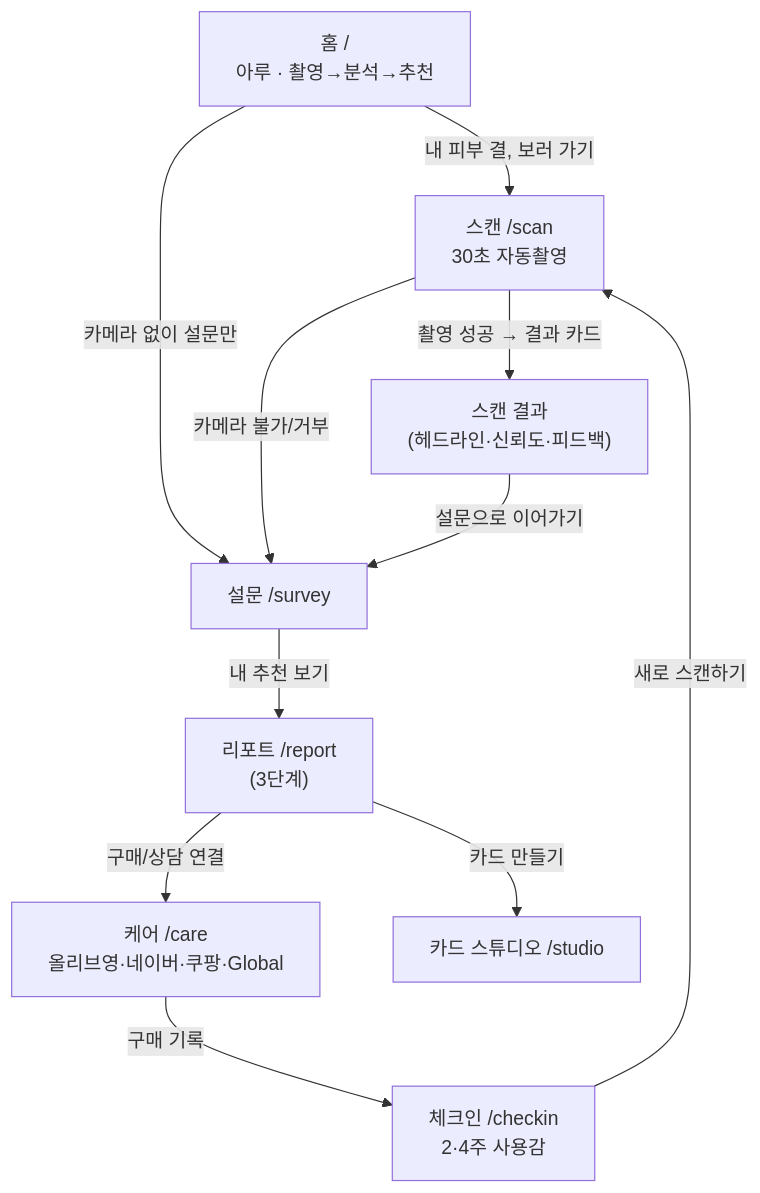
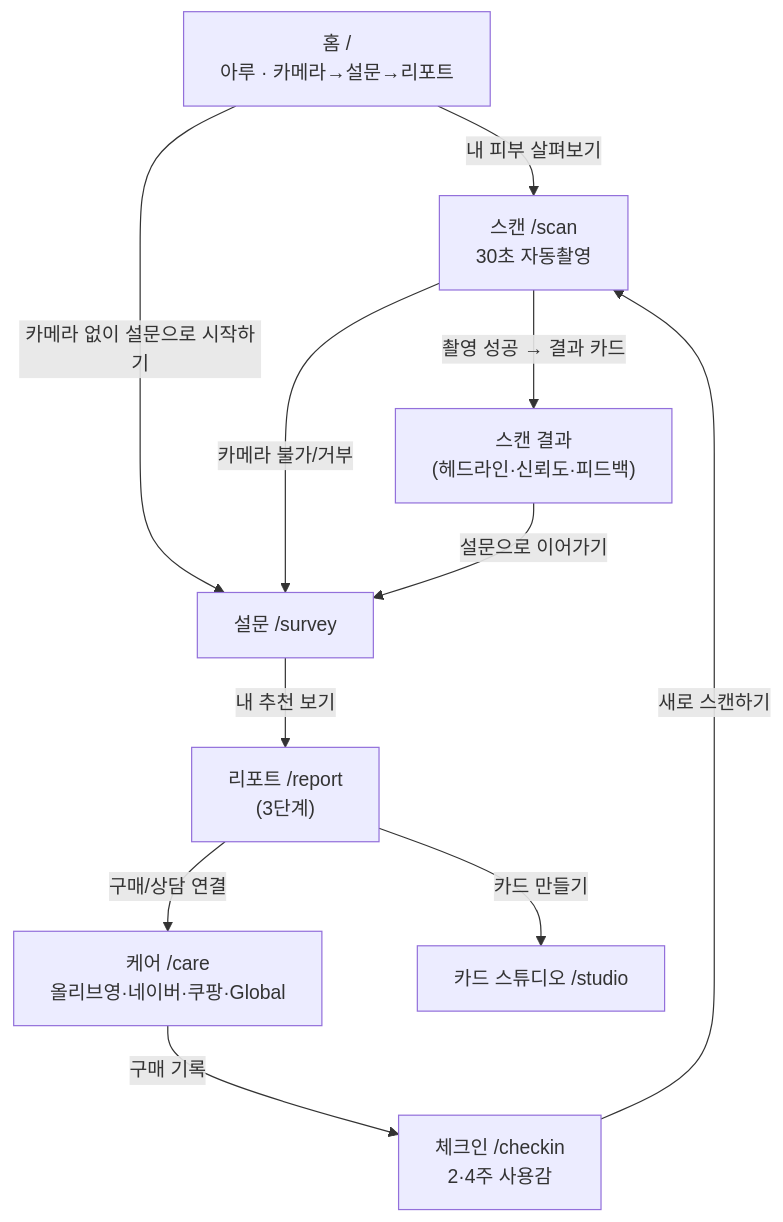
Before and after one commit to seonkistall/aru: the first of 3 diagrams in docs/i18n-ux-flow.md, drawn with Mermaid. The commit also changed other lines of this file and 9 other files, not shown here.

````diff
--- a/docs/i18n-ux-flow.md
+++ b/docs/i18n-ux-flow.md
@@ -10,13 +10,13 @@
 ```mermaid
 flowchart TD
-    A["홈 /<br/>아루 · 촬영→분석→추천"] -->|"내 피부 결, 보러 가기"| B["스캔 /scan<br/>30초 자동촬영"]
-    A -->|"카메라 없이 설문만"| C["설문 /survey"]
+    A["홈 /<br/>아루 · 카메라→설문→리포트"] -->|"내 피부 살펴보기"| B["스캔 /scan<br/>30초 자동촬영"]
+    A -->|"카메라 없이 설문으로 시작하기"| C["설문 /survey"]
     B -->|"촬영 성공 → 결과 카드"| B2["스캔 결과<br/>(헤드라인·신뢰도·피드백)"]
     B -->|"카메라 불가/거부"| C
     B2 -->|"설문으로 이어가기"| C
     C -->|"내 추천 보기"| D["리포트 /report<br/>(3단계)"]
     D -->|"구매/상담 연결"| E["케어 /care<br/>올리브영·네이버·쿠팡·Global"]
     D -->|"카드 만들기"| F["카드 스튜디오 /studio"]
     E -->|"구매 기록"| G["체크인 /checkin<br/>2·4주 사용감"]
     G -->|"새로 스캔하기"| B
 ```
````
